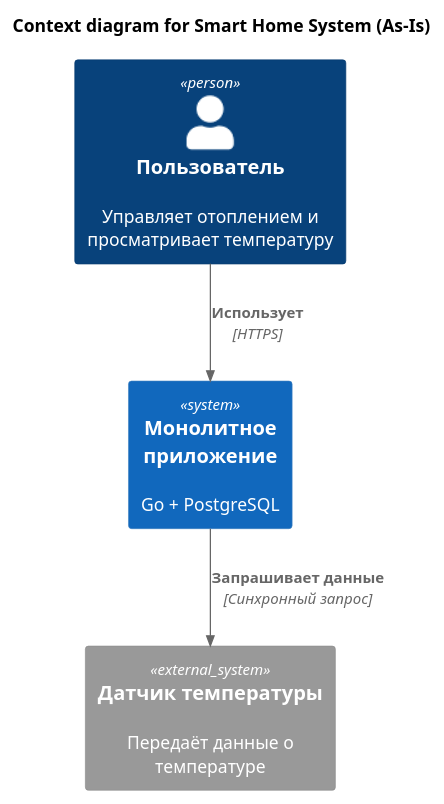
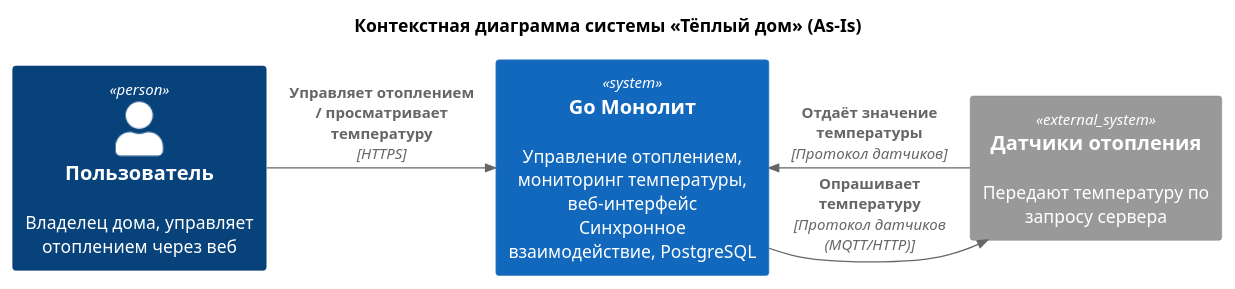
One commit to agr333221/warmhouse-project changed the diagram in diagrams/context-diagram.puml. Above: the diagram before and after it, drawn with PlantUML. The commit also changed 1 other file, not shown here.

```diff
--- a/diagrams/context-diagram.puml
+++ b/diagrams/context-diagram.puml
@@ -1,12 +1,15 @@
 @startuml
 !include https://raw.githubusercontent.com/plantuml-stdlib/C4-PlantUML/master/C4_Context.puml
 
-title Context diagram for Smart Home System (As-Is)
+title Контекстная диаграмма системы «Тёплый дом» (As-Is)
 
-Person(user, "Пользователь", "Управляет отоплением и просматривает температуру")
-System(system, "Монолитное приложение", "Go + PostgreSQL")
-System_Ext(sensor, "Датчик температуры", "Передаёт данные о температуре")
+Person(user, "Пользователь", "Владелец дома, управляет отоплением через веб")
+System_Ext(sensor, "Датчики отопления", "Передают температуру по запросу сервера")
 
-Rel(user, system, "Использует", "HTTPS")
-Rel(system, sensor, "Запрашивает данные", "Синхронный запрос")
+System(monolith, "Go Монолит", "Управление отоплением, мониторинг температуры, веб-интерфейс\nСинхронное взаимодействие, PostgreSQL")
+
+Rel_R(user, monolith, "Управляет отоплением / просматривает температуру", "HTTPS")
+Rel_R(monolith, sensor, "Опрашивает температуру", "Протокол датчиков (MQTT/HTTP)")
+Rel_L(sensor, monolith, "Отдаёт значение температуры", "Протокол датчиков")
+
 @enduml
```
